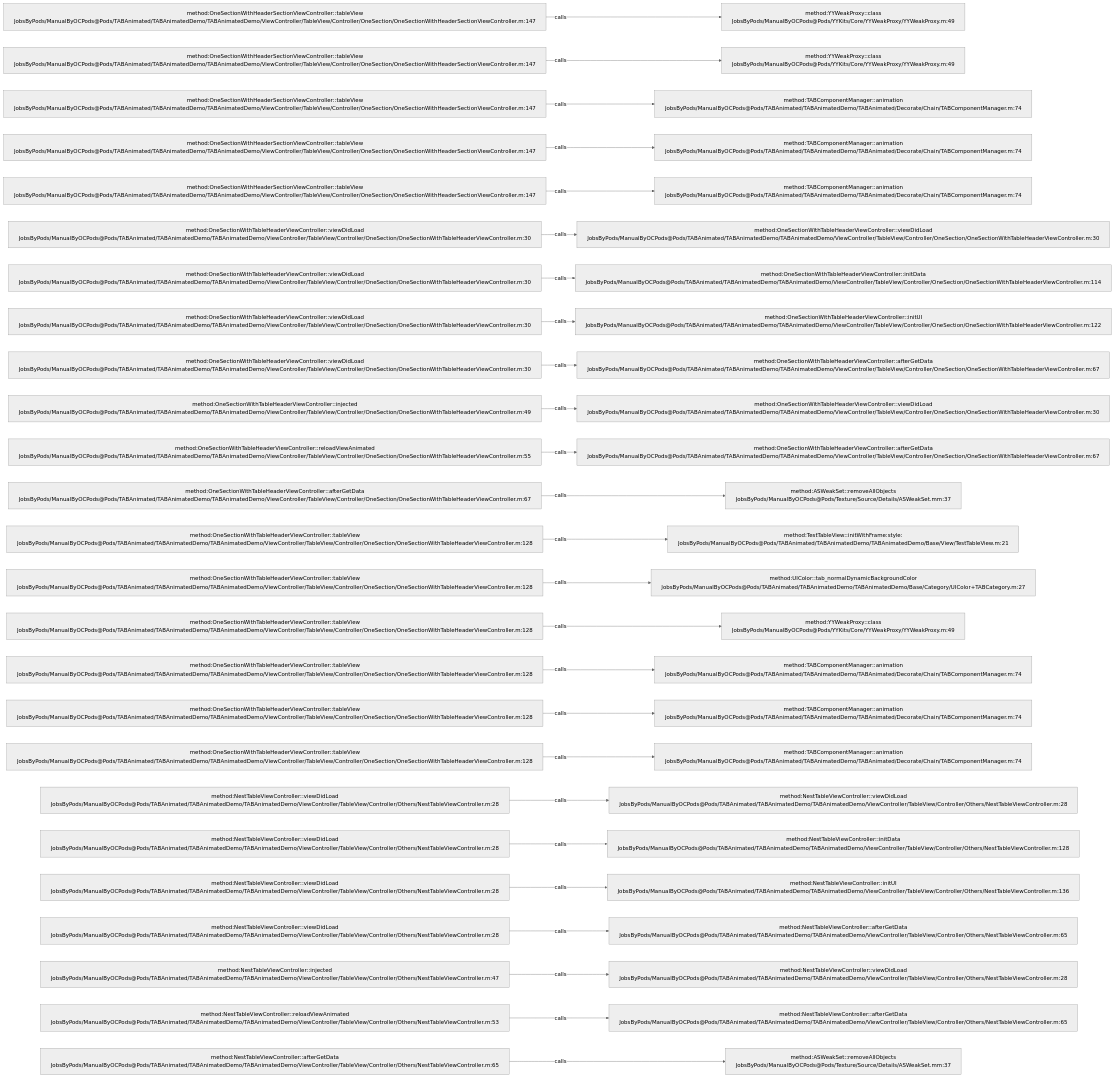
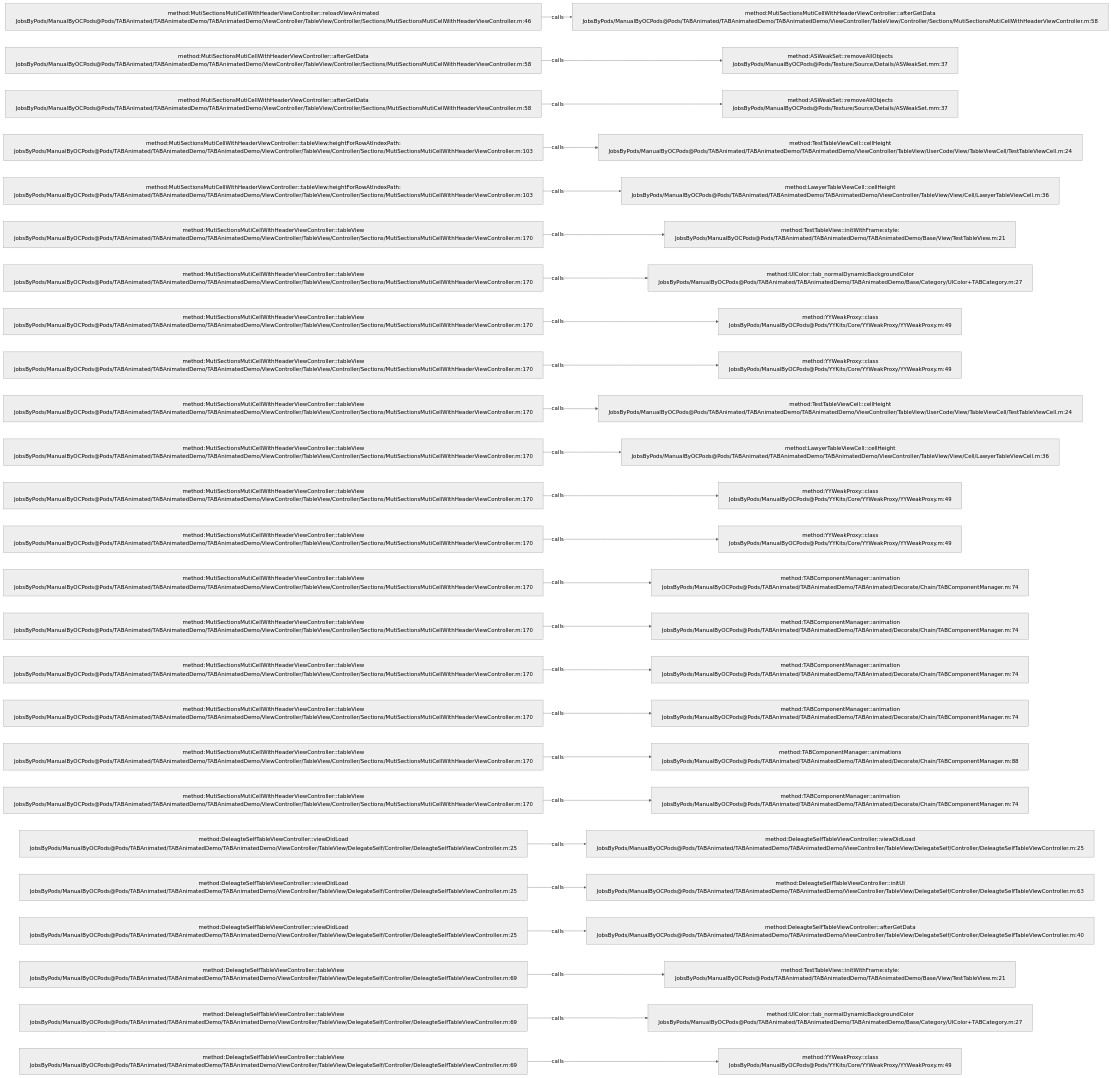
One commit to JobsKits/JobsOCBaseConfigDemo changed the diagram in .codegraph/codegraph.md/graphs/calls-049.md. Above: the diagram before and after it, drawn with Mermaid (neutral theme). The commit also changed 2723 other files, not shown here.

````diff
--- a/.codegraph/codegraph.md/graphs/calls-049.md
+++ b/.codegraph/codegraph.md/graphs/calls-049.md
@@ -13,78 +13,78 @@
 ```mermaid
 flowchart LR
-  S1["method:OneSectionWithHeaderSectionViewController::tableView<br/>JobsByPods/ManualByOCPods@Pods/TABAnimated/TABAnimatedDemo/TABAnimatedDemo/ViewController/TableView/Controller/OneSection/OneSectionWithHeaderSectionViewController.m:147"]
-  T1["method:YYWeakProxy::class<br/>JobsByPods/ManualByOCPods@Pods/YYKits/Core/YYWeakProxy/YYWeakProxy.m:49"]
+  S1["method:MutiSectionsMutiCellWithHeaderViewController::reloadViewAnimated<br/>JobsByPods/ManualByOCPods@Pods/TABAnimated/TABAnimatedDemo/TABAnimatedDemo/ViewController/TableView/Controller/Sections/MutiSectionsMutiCellWithHeaderViewController.m:46"]
+  T1["method:MutiSectionsMutiCellWithHeaderViewController::afterGetData<br/>JobsByPods/ManualByOCPods@Pods/TABAnimated/TABAnimatedDemo/TABAnimatedDemo/ViewController/TableView/Controller/Sections/MutiSectionsMutiCellWithHeaderViewController.m:58"]
   S1 -->|calls| T1
-  S2["method:OneSectionWithHeaderSectionViewController::tableView<br/>JobsByPods/ManualByOCPods@Pods/TABAnimated/TABAnimatedDemo/TABAnimatedDemo/ViewController/TableView/Controller/OneSection/OneSectionWithHeaderSectionViewController.m:147"]
-  T2["method:YYWeakProxy::class<br/>JobsByPods/ManualByOCPods@Pods/YYKits/Core/YYWeakProxy/YYWeakProxy.m:49"]
+  S2["method:MutiSectionsMutiCellWithHeaderViewController::afterGetData<br/>JobsByPods/ManualByOCPods@Pods/TABAnimated/TABAnimatedDemo/TABAnimatedDemo/ViewController/TableView/Controller/Sections/MutiSectionsMutiCellWithHeaderViewController.m:58"]
+  T2["method:ASWeakSet::removeAllObjects<br/>JobsByPods/ManualByOCPods@Pods/Texture/Source/Details/ASWeakSet.mm:37"]
   S2 -->|calls| T2
-  S3["method:OneSectionWithHeaderSectionViewController::tableView<br/>JobsByPods/ManualByOCPods@Pods/TABAnimated/TABAnimatedDemo/TABAnimatedDemo/ViewController/TableView/Controller/OneSection/OneSectionWithHeaderSectionViewController.m:147"]
-  T3["method:TABComponentManager::animation<br/>JobsByPods/ManualByOCPods@Pods/TABAnimated/TABAnimatedDemo/TABAnimated/Decorate/Chain/TABComponentManager.m:74"]
+  S3["method:MutiSectionsMutiCellWithHeaderViewController::afterGetData<br/>JobsByPods/ManualByOCPods@Pods/TABAnimated/TABAnimatedDemo/TABAnimatedDemo/ViewController/TableView/Controller/Sections/MutiSectionsMutiCellWithHeaderViewController.m:58"]
+  T3["method:ASWeakSet::removeAllObjects<br/>JobsByPods/ManualByOCPods@Pods/Texture/Source/Details/ASWeakSet.mm:37"]
   S3 -->|calls| T3
-  S4["method:OneSectionWithHeaderSectionViewController::tableView<br/>JobsByPods/ManualByOCPods@Pods/TABAnimated/TABAnimatedDemo/TABAnimatedDemo/ViewController/TableView/Controller/OneSection/OneSectionWithHeaderSectionViewController.m:147"]
-  T4["method:TABComponentManager::animation<br/>JobsByPods/ManualByOCPods@Pods/TABAnimated/TABAnimatedDemo/TABAnimated/Decorate/Chain/TABComponentManager.m:74"]
+  S4["method:MutiSectionsMutiCellWithHeaderViewController::tableView:heightForRowAtIndexPath:<br/>JobsByPods/ManualByOCPods@Pods/TABAnimated/TABAnimatedDemo/TABAnimatedDemo/ViewController/TableView/Controller/Sections/MutiSectionsMutiCellWithHeaderViewController.m:103"]
+  T4["method:TestTableViewCell::cellHeight<br/>JobsByPods/ManualByOCPods@Pods/TABAnimated/TABAnimatedDemo/TABAnimatedDemo/ViewController/TableView/UserCode/View/TableViewCell/TestTableViewCell.m:24"]
   S4 -->|calls| T4
-  S5["method:OneSectionWithHeaderSectionViewController::tableView<br/>JobsByPods/ManualByOCPods@Pods/TABAnimated/TABAnimatedDemo/TABAnimatedDemo/ViewController/TableView/Controller/OneSection/OneSectionWithHeaderSectionViewController.m:147"]
-  T5["method:TABComponentManager::animation<br/>JobsByPods/ManualByOCPods@Pods/TABAnimated/TABAnimatedDemo/TABAnimated/Decorate/Chain/TABComponentManager.m:74"]
+  S5["method:MutiSectionsMutiCellWithHeaderViewController::tableView:heightForRowAtIndexPath:<br/>JobsByPods/ManualByOCPods@Pods/TABAnimated/TABAnimatedDemo/TABAnimatedDemo/ViewController/TableView/Controller/Sections/MutiSectionsMutiCellWithHeaderViewController.m:103"]
+  T5["method:LawyerTableViewCell::cellHeight<br/>JobsByPods/ManualByOCPods@Pods/TABAnimated/TABAnimatedDemo/TABAnimatedDemo/ViewController/TableView/View/Cell/LawyerTableViewCell.m:36"]
   S5 -->|calls| T5
-  S6["method:OneSectionWithTableHeaderViewController::viewDidLoad<br/>JobsByPods/ManualByOCPods@Pods/TABAnimated/TABAnimatedDemo/TABAnimatedDemo/ViewController/TableView/Controller/OneSection/OneSectionWithTableHeaderViewController.m:30"]
-  T6["method:OneSectionWithTableHeaderViewController::viewDidLoad<br/>JobsByPods/ManualByOCPods@Pods/TABAnimated/TABAnimatedDemo/TABAnimatedDemo/ViewController/TableView/Controller/OneSection/OneSectionWithTableHeaderViewController.m:30"]
+  S6["method:MutiSectionsMutiCellWithHeaderViewController::tableView<br/>JobsByPods/ManualByOCPods@Pods/TABAnimated/TABAnimatedDemo/TABAnimatedDemo/ViewController/TableView/Controller/Sections/MutiSectionsMutiCellWithHeaderViewController.m:170"]
+  T6["method:TestTableView::initWithFrame:style:<br/>JobsByPods/ManualByOCPods@Pods/TABAnimated/TABAnimatedDemo/TABAnimatedDemo/Base/View/TestTableView.m:21"]
   S6 -->|calls| T6
-  S7["method:OneSectionWithTableHeaderViewController::viewDidLoad<br/>JobsByPods/ManualByOCPods@Pods/TABAnimated/TABAnimatedDemo/TABAnimatedDemo/ViewController/TableView/Controller/OneSection/OneSectionWithTableHeaderViewController.m:30"]
-  T7["method:OneSectionWithTableHeaderViewController::initData<br/>JobsByPods/ManualByOCPods@Pods/TABAnimated/TABAnimatedDemo/TABAnimatedDemo/ViewController/TableView/Controller/OneSection/OneSectionWithTableHeaderViewController.m:114"]
+  S7["method:MutiSectionsMutiCellWithHeaderViewController::tableView<br/>JobsByPods/ManualByOCPods@Pods/TABAnimated/TABAnimatedDemo/TABAnimatedDemo/ViewController/TableView/Controller/Sections/MutiSectionsMutiCellWithHeaderViewController.m:170"]
+  T7["method:UIColor::tab_normalDynamicBackgroundColor<br/>JobsByPods/ManualByOCPods@Pods/TABAnimated/TABAnimatedDemo/TABAnimatedDemo/Base/Category/UIColor+TABCategory.m:27"]
   S7 -->|calls| T7
-  S8["method:OneSectionWithTableHeaderViewController::viewDidLoad<br/>JobsByPods/ManualByOCPods@Pods/TABAnimated/TABAnimatedDemo/TABAnimatedDemo/ViewController/TableView/Controller/OneSection/OneSectionWithTableHeaderViewController.m:30"]
-  T8["method:OneSectionWithTableHeaderViewController::initUI<br/>JobsByPods/ManualByOCPods@Pods/TABAnimated/TABAnimatedDemo/TABAnimatedDemo/ViewController/TableView/Controller/OneSection/OneSectionWithTableHeaderViewController.m:122"]
+  S8["method:MutiSectionsMutiCellWithHeaderViewController::tableView<br/>JobsByPods/ManualByOCPods@Pods/TABAnimated/TABAnimatedDemo/TABAnimatedDemo/ViewController/TableView/Controller/Sections/MutiSectionsMutiCellWithHeaderViewController.m:170"]
+  T8["method:YYWeakProxy::class<br/>JobsByPods/ManualByOCPods@Pods/YYKits/Core/YYWeakProxy/YYWeakProxy.m:49"]
   S8 -->|calls| T8
-  S9["method:OneSectionWithTableHeaderViewController::viewDidLoad<br/>JobsByPods/ManualByOCPods@Pods/TABAnimated/TABAnimatedDemo/TABAnimatedDemo/ViewController/TableView/Controller/OneSection/OneSectionWithTableHeaderViewController.m:30"]
-  T9["method:OneSectionWithTableHeaderViewController::afterGetData<br/>JobsByPods/ManualByOCPods@Pods/TABAnimated/TABAnimatedDemo/TABAnimatedDemo/ViewController/TableView/Controller/OneSection/OneSectionWithTableHeaderViewController.m:67"]
+  S9["method:MutiSectionsMutiCellWithHeaderViewController::tableView<br/>JobsByPods/ManualByOCPods@Pods/TABAnimated/TABAnimatedDemo/TABAnimatedDemo/ViewController/TableView/Controller/Sections/MutiSectionsMutiCellWithHeaderViewController.m:170"]
+  T9["method:YYWeakProxy::class<br/>JobsByPods/ManualByOCPods@Pods/YYKits/Core/YYWeakProxy/YYWeakProxy.m:49"]
   S9 -->|calls| T9
-  S10["method:OneSectionWithTableHeaderViewController::injected<br/>JobsByPods/ManualByOCPods@Pods/TABAnimated/TABAnimatedDemo/TABAnimatedDemo/ViewController/TableView/Controller/OneSection/OneSectionWithTableHeaderViewController.m:49"]
-  T10["method:OneSectionWithTableHeaderViewController::viewDidLoad<br/>JobsByPods/ManualByOCPods@Pods/TABAnimated/TABAnimatedDemo/TABAnimatedDemo/ViewController/TableView/Controller/OneSection/OneSectionWithTableHeaderViewController.m:30"]
+  S10["method:MutiSectionsMutiCellWithHeaderViewController::tableView<br/>JobsByPods/ManualByOCPods@Pods/TABAnimated/TABAnimatedDemo/TABAnimatedDemo/ViewController/TableView/Controller/Sections/MutiSectionsMutiCellWithHeaderViewController.m:170"]
+  T10["method:TestTableViewCell::cellHeight<br/>JobsByPods/ManualByOCPods@Pods/TABAnimated/TABAnimatedDemo/TABAnimatedDemo/ViewController/TableView/UserCode/View/TableViewCell/TestTableViewCell.m:24"]
   S10 -->|calls| T10
-  S11["method:OneSectionWithTableHeaderViewController::reloadViewAnimated<br/>JobsByPods/ManualByOCPods@Pods/TABAnimated/TABAnimatedDemo/TABAnimatedDemo/ViewController/TableView/Controller/OneSection/OneSectionWithTableHeaderViewController.m:55"]
-  T11["method:OneSectionWithTableHeaderViewController::afterGetData<br/>JobsByPods/ManualByOCPods@Pods/TABAnimated/TABAnimatedDemo/TABAnimatedDemo/ViewController/TableView/Controller/OneSection/OneSectionWithTableHeaderViewController.m:67"]
+  S11["method:MutiSectionsMutiCellWithHeaderViewController::tableView<br/>JobsByPods/ManualByOCPods@Pods/TABAnimated/TABAnimatedDemo/TABAnimatedDemo/ViewController/TableView/Controller/Sections/MutiSectionsMutiCellWithHeaderViewController.m:170"]
+  T11["method:LawyerTableViewCell::cellHeight<br/>JobsByPods/ManualByOCPods@Pods/TABAnimated/TABAnimatedDemo/TABAnimatedDemo/ViewController/TableView/View/Cell/LawyerTableViewCell.m:36"]
   S11 -->|calls| T11
-  S12["method:OneSectionWithTableHeaderViewController::afterGetData<br/>JobsByPods/ManualByOCPods@Pods/TABAnimated/TABAnimatedDemo/TABAnimatedDemo/ViewController/TableView/Controller/OneSection/OneSectionWithTableHeaderViewController.m:67"]
-  T12["method:ASWeakSet::removeAllObjects<br/>JobsByPods/ManualByOCPods@Pods/Texture/Source/Details/ASWeakSet.mm:37"]
+  S12["method:MutiSectionsMutiCellWithHeaderViewController::tableView<br/>JobsByPods/ManualByOCPods@Pods/TABAnimated/TABAnimatedDemo/TABAnimatedDemo/ViewController/TableView/Controller/Sections/MutiSectionsMutiCellWithHeaderViewController.m:170"]
+  T12["method:YYWeakProxy::class<br/>JobsByPods/ManualByOCPods@Pods/YYKits/Core/YYWeakProxy/YYWeakProxy.m:49"]
   S12 -->|calls| T12
-  S13["method:OneSectionWithTableHeaderViewController::tableView<br/>JobsByPods/ManualByOCPods@Pods/TABAnimated/TABAnimatedDemo/TABAnimatedDemo/ViewController/TableView/Controller/OneSection/OneSectionWithTableHeaderViewController.m:128"]
-  T13["method:TestTableView::initWithFrame:style:<br/>JobsByPods/ManualByOCPods@Pods/TABAnimated/TABAnimatedDemo/TABAnimatedDemo/Base/View/TestTableView.m:21"]
+  S13["method:MutiSectionsMutiCellWithHeaderViewController::tableView<br/>JobsByPods/ManualByOCPods@Pods/TABAnimated/TABAnimatedDemo/TABAnimatedDemo/ViewController/TableView/Controller/Sections/MutiSectionsMutiCellWithHeaderViewController.m:170"]
+  T13["method:YYWeakProxy::class<br/>JobsByPods/ManualByOCPods@Pods/YYKits/Core/YYWeakProxy/YYWeakProxy.m:49"]
   S13 -->|calls| T13
-  S14["method:OneSectionWithTableHeaderViewController::tableView<br/>JobsByPods/ManualByOCPods@Pods/TABAnimated/TABAnimatedDemo/TABAnimatedDemo/ViewController/TableView/Controller/OneSection/OneSectionWithTableHeaderViewController.m:128"]
-  T14["method:UIColor::tab_normalDynamicBackgroundColor<br/>JobsByPods/ManualByOCPods@Pods/TABAnimated/TABAnimatedDemo/TABAnimatedDemo/Base/Category/UIColor+TABCategory.m:27"]
+  S14["method:MutiSectionsMutiCellWithHeaderViewController::tableView<br/>JobsByPods/ManualByOCPods@Pods/TABAnimated/TABAnimatedDemo/TABAnimatedDemo/ViewController/TableView/Controller/Sections/MutiSectionsMutiCellWithHeaderViewController.m:170"]
+  T14["method:TABComponentManager::animation<br/>JobsByPods/ManualByOCPods@Pods/TABAnimated/TABAnimatedDemo/TABAnimated/Decorate/Chain/TABComponentManager.m:74"]
   S14 -->|calls| T14
-  S15["method:OneSectionWithTableHeaderViewController::tableView<br/>JobsByPods/ManualByOCPods@Pods/TABAnimated/TABAnimatedDemo/TABAnimatedDemo/ViewController/TableView/Controller/OneSection/OneSectionWithTableHeaderViewController.m:128"]
-  T15["method:YYWeakProxy::class<br/>JobsByPods/ManualByOCPods@Pods/YYKits/Core/YYWeakProxy/YYWeakProxy.m:49"]
+  S15["method:MutiSectionsMutiCellWithHeaderViewController::tableView<br/>JobsByPods/ManualByOCPods@Pods/TABAnimated/TABAnimatedDemo/TABAnimatedDemo/ViewController/TableView/Controller/Sections/MutiSectionsMutiCellWithHeaderViewController.m:170"]
+  T15["method:TABComponentManager::animation<br/>JobsByPods/ManualByOCPods@Pods/TABAnimated/TABAnimatedDemo/TABAnimated/Decorate/Chain/TABComponentManager.m:74"]
   S15 -->|calls| T15
-  S16["method:OneSectionWithTableHeaderViewController::tableView<br/>JobsByPods/ManualByOCPods@Pods/TABAnimated/TABAnimatedDemo/TABAnimatedDemo/ViewController/TableView/Controller/OneSection/OneSectionWithTableHeaderViewController.m:128"]
+  S16["method:MutiSectionsMutiCellWithHeaderViewController::tableView<br/>JobsByPods/ManualByOCPods@Pods/TABAnimated/TABAnimatedDemo/TABAnimatedDemo/ViewController/TableView/Controller/Sections/MutiSectionsMutiCellWithHeaderViewController.m:170"]
   T16["method:TABComponentManager::animation<br/>JobsByPods/ManualByOCPods@Pods/TABAnimated/TABAnimatedDemo/TABAnimated/Decorate/Chain/TABComponentManager.m:74"]
   S16 -->|calls| T16
-  S17["method:OneSectionWithTableHeaderViewController::tableView<br/>JobsByPods/ManualByOCPods@Pods/TABAnimated/TABAnimatedDemo/TABAnimatedDemo/ViewController/TableView/Controller/OneSection/OneSectionWithTableHeaderViewController.m:128"]
+  S17["method:MutiSectionsMutiCellWithHeaderViewController::tableView<br/>JobsByPods/ManualByOCPods@Pods/TABAnimated/TABAnimatedDemo/TABAnimatedDemo/ViewController/TableView/Controller/Sections/MutiSectionsMutiCellWithHeaderViewController.m:170"]
   T17["method:TABComponentManager::animation<br/>JobsByPods/ManualByOCPods@Pods/TABAnimated/TABAnimatedDemo/TABAnimated/Decorate/Chain/TABComponentManager.m:74"]
   S17 -->|calls| T17
-  S18["method:OneSectionWithTableHeaderViewController::tableView<br/>JobsByPods/ManualByOCPods@Pods/TABAnimated/TABAnimatedDemo/TABAnimatedDemo/ViewController/TableView/Controller/OneSection/OneSectionWithTableHeaderViewController.m:128"]
-  T18["method:TABComponentManager::animation<br/>JobsByPods/ManualByOCPods@Pods/TABAnimated/TABAnimatedDemo/TABAnimated/Decorate/Chain/TABComponentManager.m:74"]
+  S18["method:MutiSectionsMutiCellWithHeaderViewController::tableView<br/>JobsByPods/ManualByOCPods@Pods/TABAnimated/TABAnimatedDemo/TABAnimatedDemo/ViewController/TableView/Controller/Sections/MutiSectionsMutiCellWithHeaderViewController.m:170"]
+  T18["method:TABComponentManager::animations<br/>JobsByPods/ManualByOCPods@Pods/TABAnimated/TABAnimatedDemo/TABAnimated/Decorate/Chain/TABComponentManager.m:88"]
   S18 -->|calls| T18
-  S19["method:NestTableViewController::viewDidLoad<br/>JobsByPods/ManualByOCPods@Pods/TABAnimated/TABAnimatedDemo/TABAnimatedDemo/ViewController/TableView/Controller/Others/NestTableViewController.m:28"]
-  T19["method:NestTableViewController::viewDidLoad<br/>JobsByPods/ManualByOCPods@Pods/TABAnimated/TABAnimatedDemo/TABAnimatedDemo/ViewController/TableView/Controller/Others/NestTableViewController.m:28"]
+  S19["method:MutiSectionsMutiCellWithHeaderViewController::tableView<br/>JobsByPods/ManualByOCPods@Pods/TABAnimated/TABAnimatedDemo/TABAnimatedDemo/ViewController/TableView/Controller/Sections/MutiSectionsMutiCellWithHeaderViewController.m:170"]
+  T19["method:TABComponentManager::animation<br/>JobsByPods/ManualByOCPods@Pods/TABAnimated/TABAnimatedDemo/TABAnimated/Decorate/Chain/TABComponentManager.m:74"]
   S19 -->|calls| T19
-  S20["method:NestTableViewController::viewDidLoad<br/>JobsByPods/ManualByOCPods@Pods/TABAnimated/TABAnimatedDemo/TABAnimatedDemo/ViewController/TableView/Controller/Others/NestTableViewController.m:28"]
-  T20["method:NestTableViewController::initData<br/>JobsByPods/ManualByOCPods@Pods/TABAnimated/TABAnimatedDemo/TABAnimatedDemo/ViewController/TableView/Controller/Others/NestTableViewController.m:128"]
+  S20["method:DeleagteSelfTableViewController::viewDidLoad<br/>JobsByPods/ManualByOCPods@Pods/TABAnimated/TABAnimatedDemo/TABAnimatedDemo/ViewController/TableView/DelegateSelf/Controller/DeleagteSelfTableViewController.m:25"]
+  T20["method:DeleagteSelfTableViewController::viewDidLoad<br/>JobsByPods/ManualByOCPods@Pods/TABAnimated/TABAnimatedDemo/TABAnimatedDemo/ViewController/TableView/DelegateSelf/Controller/DeleagteSelfTableViewController.m:25"]
   S20 -->|calls| T20
-  S21["method:NestTableViewController::viewDidLoad<br/>JobsByPods/ManualByOCPods@Pods/TABAnimated/TABAnimatedDemo/TABAnimatedDemo/ViewController/TableView/Controller/Others/NestTableViewController.m:28"]
-  T21["method:NestTableViewController::initUI<br/>JobsByPods/ManualByOCPods@Pods/TABAnimated/TABAnimatedDemo/TABAnimatedDemo/ViewController/TableView/Controller/Others/NestTableViewController.m:136"]
+  S21["method:DeleagteSelfTableViewController::viewDidLoad<br/>JobsByPods/ManualByOCPods@Pods/TABAnimated/TABAnimatedDemo/TABAnimatedDemo/ViewController/TableView/DelegateSelf/Controller/DeleagteSelfTableViewController.m:25"]
+  T21["method:DeleagteSelfTableViewController::initUI<br/>JobsByPods/ManualByOCPods@Pods/TABAnimated/TABAnimatedDemo/TABAnimatedDemo/ViewController/TableView/DelegateSelf/Controller/DeleagteSelfTableViewController.m:63"]
   S21 -->|calls| T21
-  S22["method:NestTableViewController::viewDidLoad<br/>JobsByPods/ManualByOCPods@Pods/TABAnimated/TABAnimatedDemo/TABAnimatedDemo/ViewController/TableView/Controller/Others/NestTableViewController.m:28"]
-  T22["method:NestTableViewController::afterGetData<br/>JobsByPods/ManualByOCPods@Pods/TABAnimated/TABAnimatedDemo/TABAnimatedDemo/ViewController/TableView/Controller/Others/NestTableViewController.m:65"]
+  S22["method:DeleagteSelfTableViewController::viewDidLoad<br/>JobsByPods/ManualByOCPods@Pods/TABAnimated/TABAnimatedDemo/TABAnimatedDemo/ViewController/TableView/DelegateSelf/Controller/DeleagteSelfTableViewController.m:25"]
+  T22["method:DeleagteSelfTableViewController::afterGetData<br/>JobsByPods/ManualByOCPods@Pods/TABAnimated/TABAnimatedDemo/TABAnimatedDemo/ViewController/TableView/DelegateSelf/Controller/DeleagteSelfTableViewController.m:40"]
   S22 -->|calls| T22
-  S23["method:NestTableViewController::injected<br/>JobsByPods/ManualByOCPods@Pods/TABAnimated/TABAnimatedDemo/TABAnimatedDemo/ViewController/TableView/Controller/Others/NestTableViewController.m:47"]
-  T23["method:NestTableViewController::viewDidLoad<br/>JobsByPods/ManualByOCPods@Pods/TABAnimated/TABAnimatedDemo/TABAnimatedDemo/ViewController/TableView/Controller/Others/NestTableViewController.m:28"]
+  S23["method:DeleagteSelfTableViewController::tableView<br/>JobsByPods/ManualByOCPods@Pods/TABAnimated/TABAnimatedDemo/TABAnimatedDemo/ViewController/TableView/DelegateSelf/Controller/DeleagteSelfTableViewController.m:69"]
+  T23["method:TestTableView::initWithFrame:style:<br/>JobsByPods/ManualByOCPods@Pods/TABAnimated/TABAnimatedDemo/TABAnimatedDemo/Base/View/TestTableView.m:21"]
   S23 -->|calls| T23
-  S24["method:NestTableViewController::reloadViewAnimated<br/>JobsByPods/ManualByOCPods@Pods/TABAnimated/TABAnimatedDemo/TABAnimatedDemo/ViewController/TableView/Controller/Others/NestTableViewController.m:53"]
-  T24["method:NestTableViewController::afterGetData<br/>JobsByPods/ManualByOCPods@Pods/TABAnimated/TABAnimatedDemo/TABAnimatedDemo/ViewController/TableView/Controller/Others/NestTableViewController.m:65"]
+  S24["method:DeleagteSelfTableViewController::tableView<br/>JobsByPods/ManualByOCPods@Pods/TABAnimated/TABAnimatedDemo/TABAnimatedDemo/ViewController/TableView/DelegateSelf/Controller/DeleagteSelfTableViewController.m:69"]
+  T24["method:UIColor::tab_normalDynamicBackgroundColor<br/>JobsByPods/ManualByOCPods@Pods/TABAnimated/TABAnimatedDemo/TABAnimatedDemo/Base/Category/UIColor+TABCategory.m:27"]
   S24 -->|calls| T24
-  S25["method:NestTableViewController::afterGetData<br/>JobsByPods/ManualByOCPods@Pods/TABAnimated/TABAnimatedDemo/TABAnimatedDemo/ViewController/TableView/Controller/Others/NestTableViewController.m:65"]
-  T25["method:ASWeakSet::removeAllObjects<br/>JobsByPods/ManualByOCPods@Pods/Texture/Source/Details/ASWeakSet.mm:37"]
+  S25["method:DeleagteSelfTableViewController::tableView<br/>JobsByPods/ManualByOCPods@Pods/TABAnimated/TABAnimatedDemo/TABAnimatedDemo/ViewController/TableView/DelegateSelf/Controller/DeleagteSelfTableViewController.m:69"]
+  T25["method:YYWeakProxy::class<br/>JobsByPods/ManualByOCPods@Pods/YYKits/Core/YYWeakProxy/YYWeakProxy.m:49"]
   S25 -->|calls| T25
 ```
````
